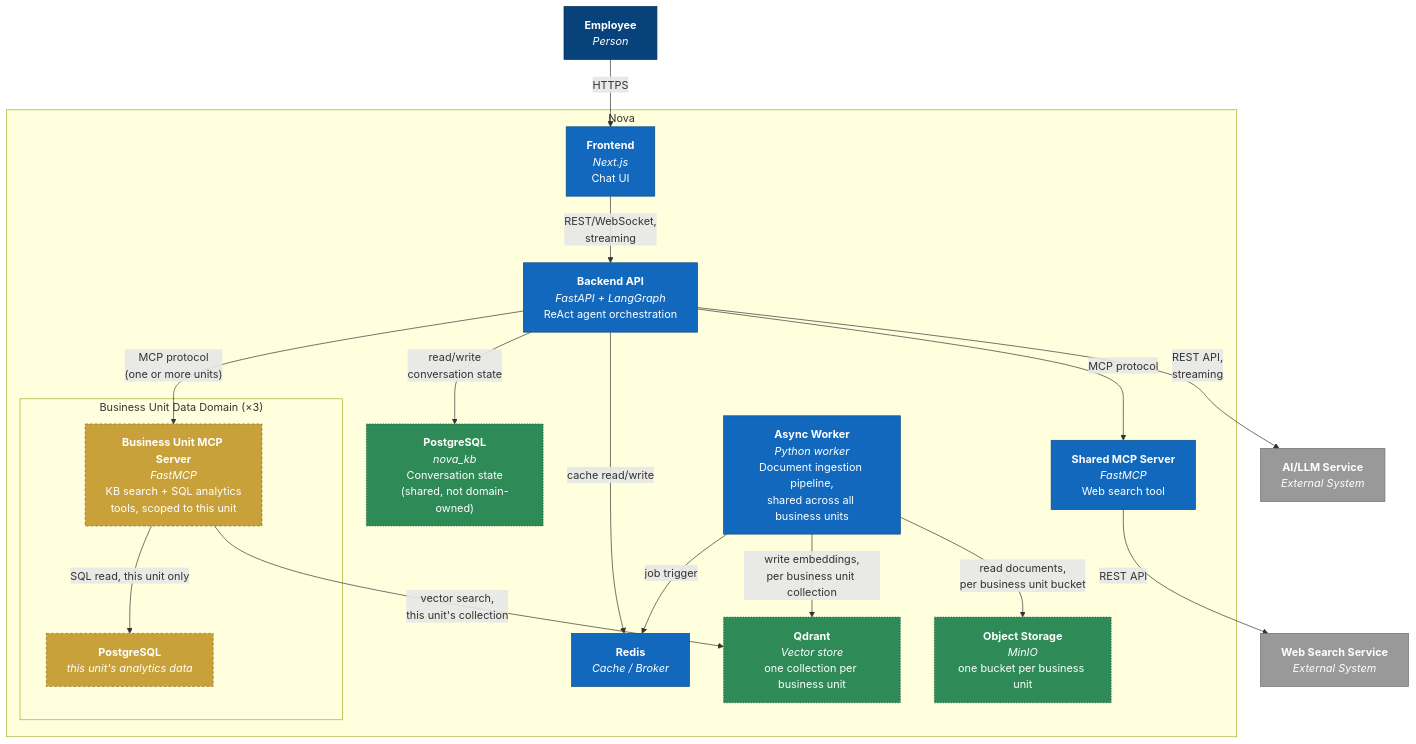
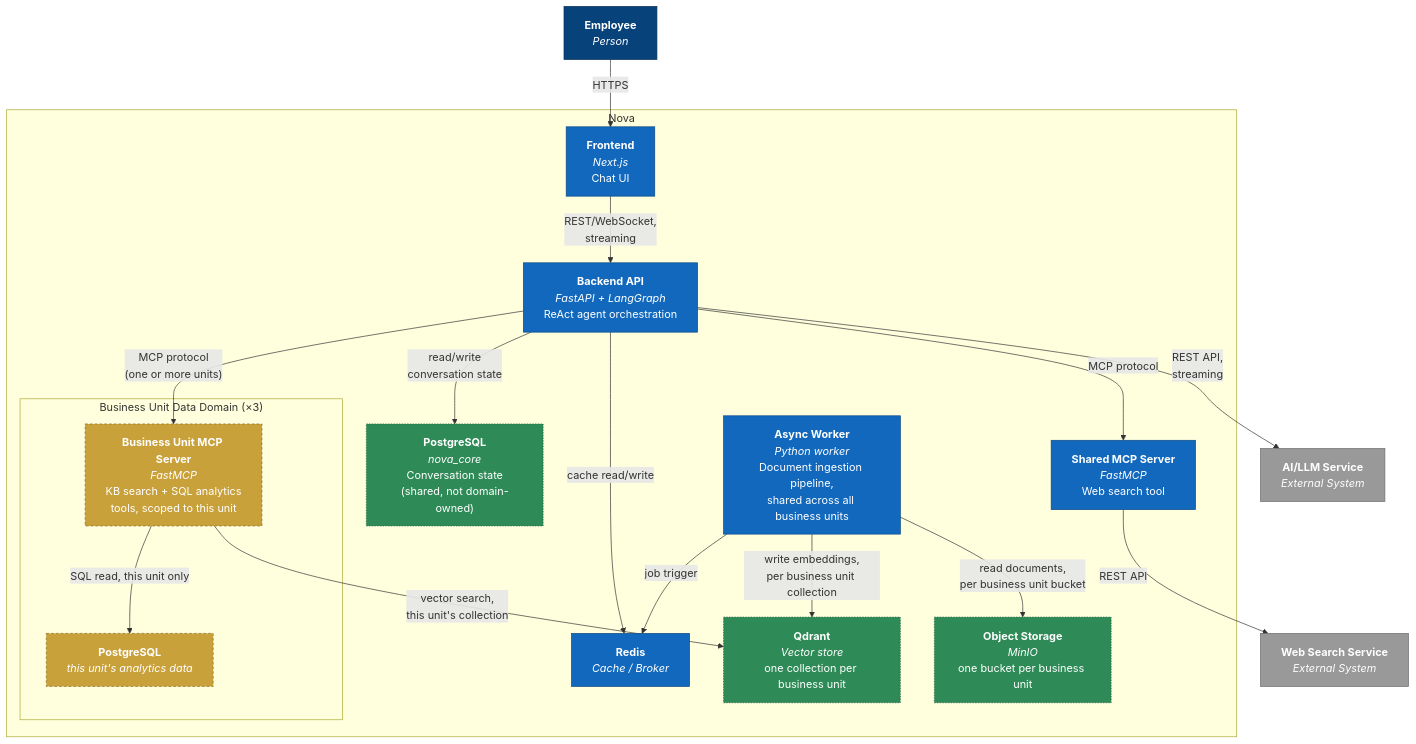
Before and after one commit to maulairfani/nova: the second of 9 diagrams in documents/technical-design-document.md, drawn with Mermaid. The commit also changed other lines of this file and 22 other files, not shown here.

````diff
--- a/documents/technical-design-document.md
+++ b/documents/technical-design-document.md
@@ -296,50 +296,50 @@
 ```mermaid
 flowchart TB
     Employee["<b>Employee</b><br/><i>Person</i>"]
 
     subgraph Nova["Nova"]
         Frontend["<b>Frontend</b><br/><i>Next.js</i><br/>Chat UI"]
         BackendAPI["<b>Backend API</b><br/><i>FastAPI + LangGraph</i><br/>ReAct agent orchestration"]
 
         subgraph BU["Business Unit Data Domain (×3)"]
             BUMcp["<b>Business Unit MCP Server</b><br/><i>FastMCP</i><br/>KB search + SQL analytics<br/>tools, scoped to this unit"]
             BUDb["<b>PostgreSQL</b><br/><i>this unit's analytics data</i>"]
         end
 
         SharedMcp["<b>Shared MCP Server</b><br/><i>FastMCP</i><br/>Web search tool"]
         Redis["<b>Redis</b><br/><i>Cache / Broker</i>"]
         AsyncWorker["<b>Async Worker</b><br/><i>Python worker</i><br/>Document ingestion pipeline,<br/>shared across all business units"]
-        KBDB["<b>PostgreSQL</b><br/><i>nova_kb</i><br/>Conversation state<br/>(shared, not domain-owned)"]
+        KBDB["<b>PostgreSQL</b><br/><i>nova_core</i><br/>Conversation state<br/>(shared, not domain-owned)"]
         Qdrant["<b>Qdrant</b><br/><i>Vector store</i><br/>one collection per business unit"]
         ObjectStorage["<b>Object Storage</b><br/><i>MinIO</i><br/>one bucket per business unit"]
     end
 
     LLM["<b>AI/LLM Service</b><br/><i>External System</i>"]
     WebSearch["<b>Web Search Service</b><br/><i>External System</i>"]
 
     Employee -->|HTTPS| Frontend
     Frontend -->|"REST/WebSocket,<br/>streaming"| BackendAPI
     BackendAPI -->|"MCP protocol<br/>(one or more units)"| BUMcp
     BackendAPI -->|MCP protocol| SharedMcp
     BackendAPI -->|"REST API,<br/>streaming"| LLM
     BackendAPI -->|cache read/write| Redis
     BackendAPI -->|"read/write<br/>conversation state"| KBDB
     BUMcp -->|SQL read, this unit only| BUDb
     BUMcp -->|"vector search,<br/>this unit's collection"| Qdrant
     SharedMcp -->|REST API| WebSearch
     AsyncWorker -->|job trigger| Redis
     AsyncWorker -->|"read documents,<br/>per business unit bucket"| ObjectStorage
     AsyncWorker -->|"write embeddings,<br/>per business unit collection"| Qdrant
 
     classDef person fill:#08427b,color:#fff,stroke:#052e56
     classDef system fill:#1168bd,color:#fff,stroke:#0b4884
     classDef domainOwned fill:#c9a13b,color:#fff,stroke:#8a6d1f,stroke-dasharray: 4 3
     classDef partitioned fill:#2e8b57,color:#fff,stroke:#1c5c38,stroke-dasharray: 2 2
     classDef external fill:#999999,color:#fff,stroke:#6b6b6b
 
     class Employee person
     class Frontend,BackendAPI,SharedMcp,Redis,AsyncWorker system
     class BUMcp,BUDb domainOwned
     class KBDB,Qdrant,ObjectStorage partitioned
     class LLM,WebSearch external
 ```
````
